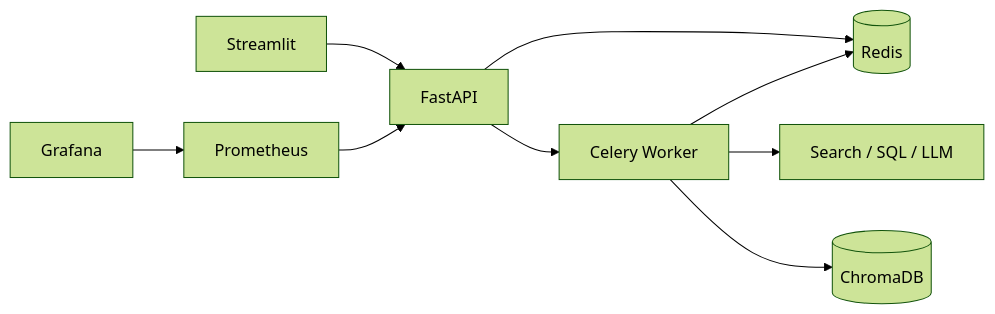
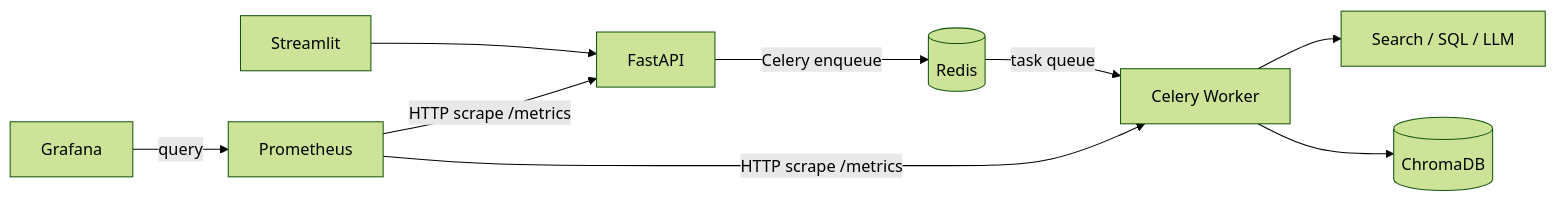
The diagram in README.md (jenilashah311/Multi-Agent-Platform), drawn with Mermaid (forest theme) before and after one commit. The commit also changed other lines of this file, not shown here.

Commit message:
docs: fix architecture diagram (Redis queue, Prometheus scrape API+worker)
Made-with: Cursor

````diff
--- a/README.md
+++ b/README.md
@@ -7,11 +11,11 @@
 ```mermaid
 flowchart LR
   UI[Streamlit] --> API[FastAPI]
-  API --> Redis[(Redis)]
-  API --> W[Celery Worker]
+  API -->|Celery enqueue| Redis[(Redis)]
+  Redis -->|task queue| W[Celery Worker]
   W --> Tools[Search / SQL / LLM]
   W --> Chroma[(ChromaDB)]
-  W --> Redis
-  Prom[Prometheus] --> API
-  Graf[Grafana] --> Prom
+  Prom[Prometheus] -->|HTTP scrape /metrics| API
+  Prom -->|HTTP scrape /metrics| W
+  Graf[Grafana] -->|query| Prom
 ```
````
